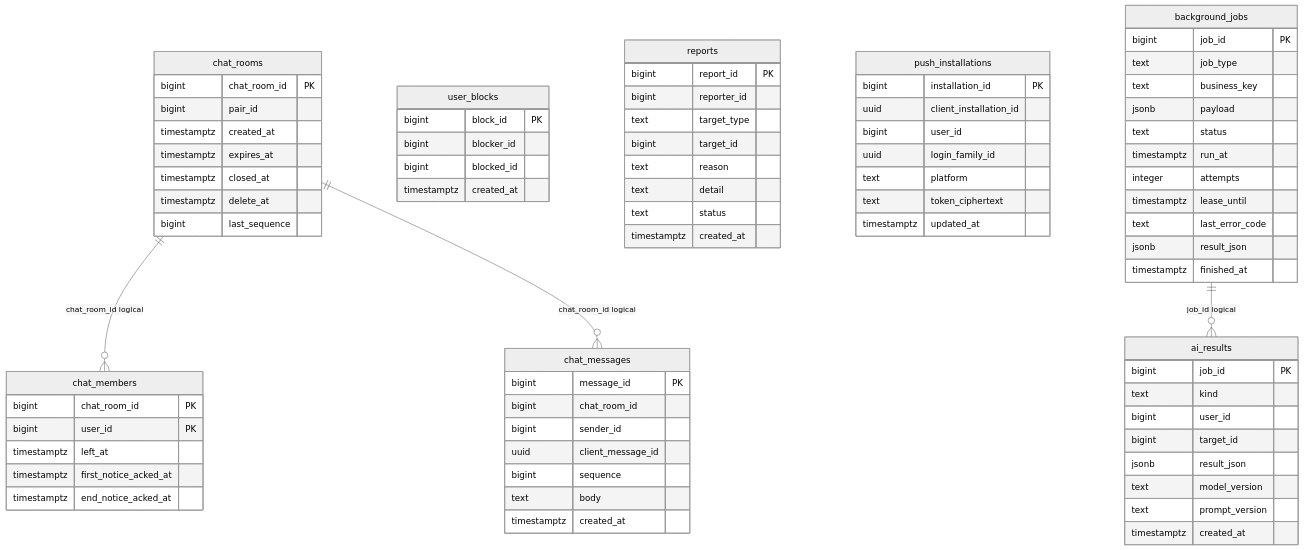
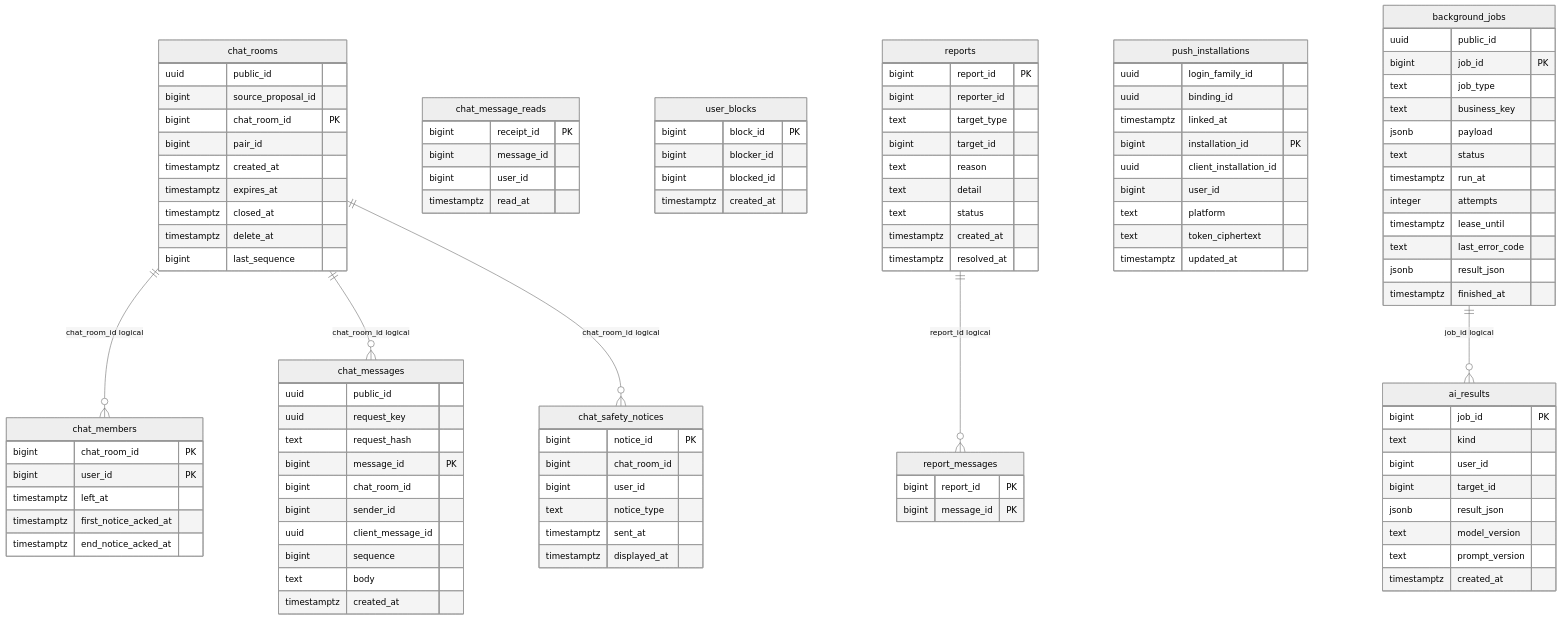
Before and after one commit to j-moo/Tingle: the fourth of 4 diagrams in docs/database/erd.md, drawn with Mermaid (neutral theme). The commit also changed other lines of this file and 197 other files, not shown here.

````diff
--- a/docs/database/erd.md
+++ b/docs/database/erd.md
@@ -226,6 +245,8 @@
 ```mermaid
 erDiagram
     chat_rooms {
+        uuid public_id
+        bigint source_proposal_id
         bigint chat_room_id PK
         bigint pair_id
         timestamptz created_at
@@ -242,6 +263,9 @@
         timestamptz end_notice_acked_at
     }
     chat_messages {
+        uuid public_id
+        uuid request_key
+        text request_hash
         bigint message_id PK
         bigint chat_room_id
         bigint sender_id
@@ -249,6 +273,20 @@
         bigint sequence
         text body
         timestamptz created_at
+    }
+    chat_message_reads {
+        bigint receipt_id PK
+        bigint message_id
+        bigint user_id
+        timestamptz read_at
+    }
+    chat_safety_notices {
+        bigint notice_id PK
+        bigint chat_room_id
+        bigint user_id
+        text notice_type
+        timestamptz sent_at
+        timestamptz displayed_at
     }
     user_blocks {
         bigint block_id PK
@@ -265,6 +303,11 @@
         text detail
         text status
         timestamptz created_at
+        timestamptz resolved_at
+    }
+    report_messages {
+        bigint report_id PK
+        bigint message_id PK
     }
     ai_results {
         bigint job_id PK
@@ -277,15 +320,18 @@
         timestamptz created_at
     }
     push_installations {
+        uuid login_family_id
+        uuid binding_id
+        timestamptz linked_at
         bigint installation_id PK
         uuid client_installation_id
         bigint user_id
-        uuid login_family_id
         text platform
         text token_ciphertext
         timestamptz updated_at
     }
     background_jobs {
+        uuid public_id
         bigint job_id PK
         text job_type
         text business_key
@@ -301,4 +347,6 @@
     chat_rooms ||--o{ chat_members : "chat_room_id logical"
     chat_rooms ||--o{ chat_messages : "chat_room_id logical"
     background_jobs ||--o{ ai_results : "job_id logical"
+    reports ||--o{ report_messages : "report_id logical"
+    chat_rooms ||--o{ chat_safety_notices : "chat_room_id logical"
 ```
````
